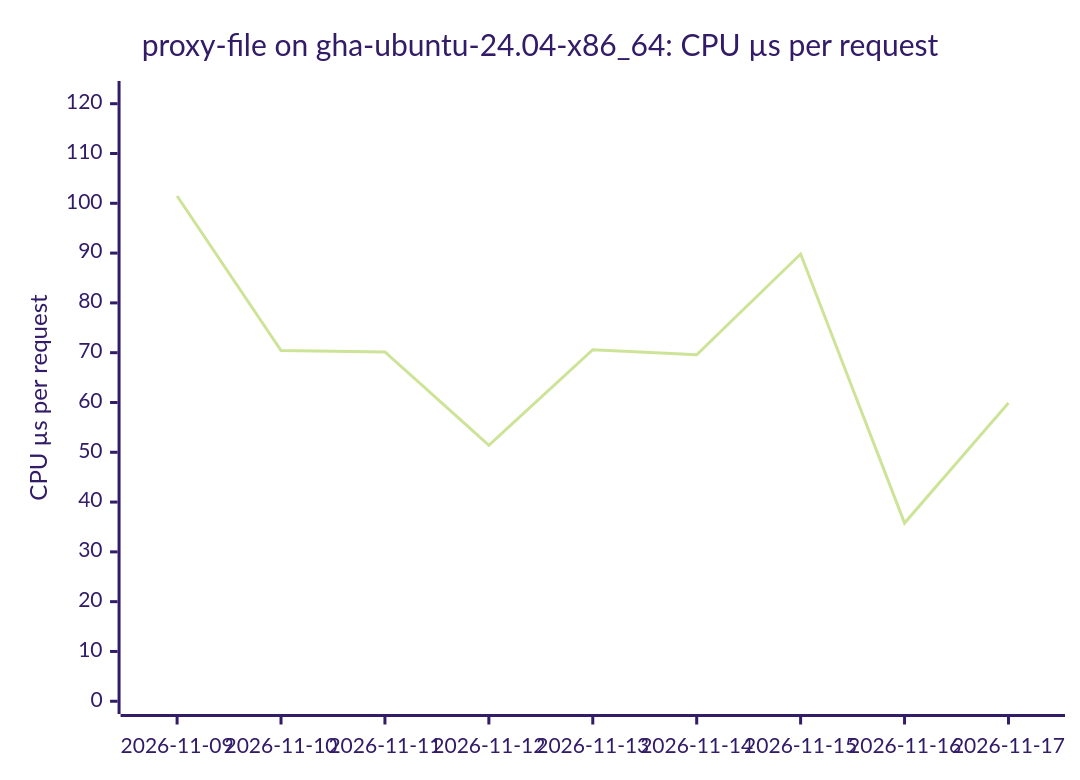
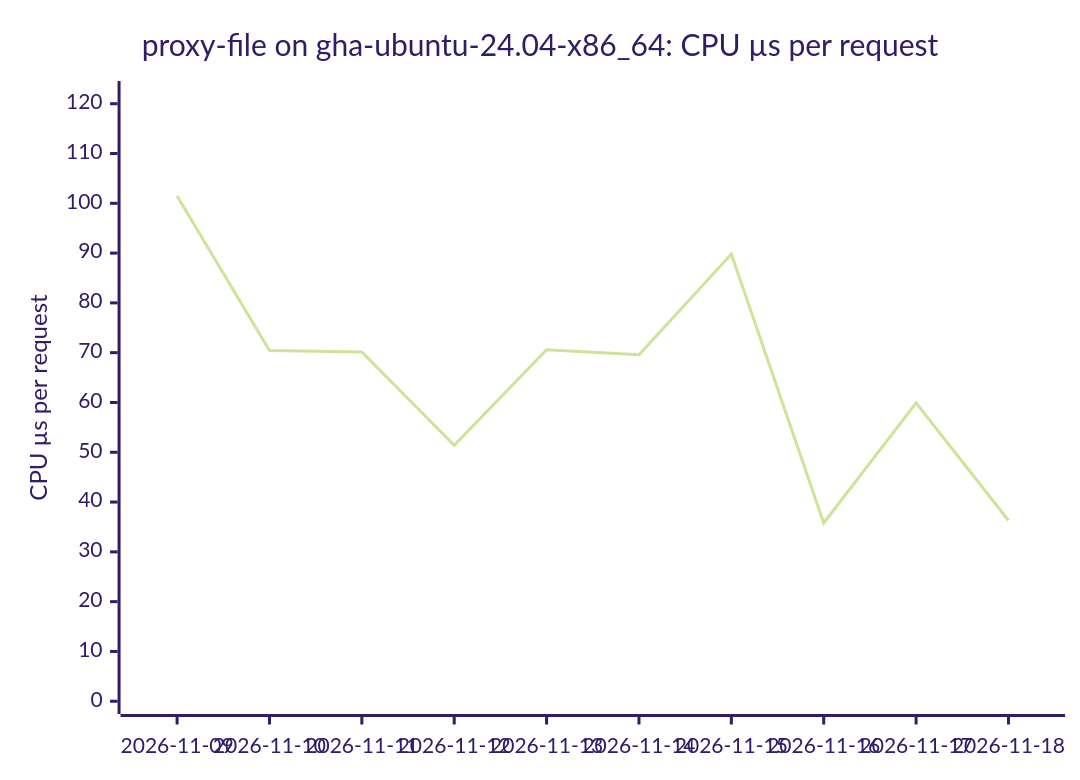
Before and after one commit to ThePixelPilgrim/durchlauferhitzer: the seventh of 19 diagrams in BENCHMARKS.md, drawn with Mermaid (forest theme). The commit also changed other lines of this file and 3 other files, not shown here.

````diff
--- a/BENCHMARKS.md
+++ b/BENCHMARKS.md
@@ -86,7 +86,7 @@
 ```mermaid
 xychart-beta
   title "proxy-file on gha-ubuntu-24.04-x86_64: CPU µs per request"
-  x-axis ["2026-11-09", "2026-11-10", "2026-11-11", "2026-11-12", "2026-11-13", "2026-11-14", "2026-11-15", "2026-11-16", "2026-11-17"]
+  x-axis ["2026-11-09", "2026-11-10", "2026-11-11", "2026-11-12", "2026-11-13", "2026-11-14", "2026-11-15", "2026-11-16", "2026-11-17", "2026-11-18"]
   y-axis "CPU µs per request" 0 --> 122
-  line [101.47, 70.43, 70.16, 51.41, 70.59, 69.57, 89.81, 35.79, 59.91]
+  line [101.47, 70.43, 70.16, 51.41, 70.59, 69.57, 89.81, 35.79, 59.91, 36.30]
 ```
````
